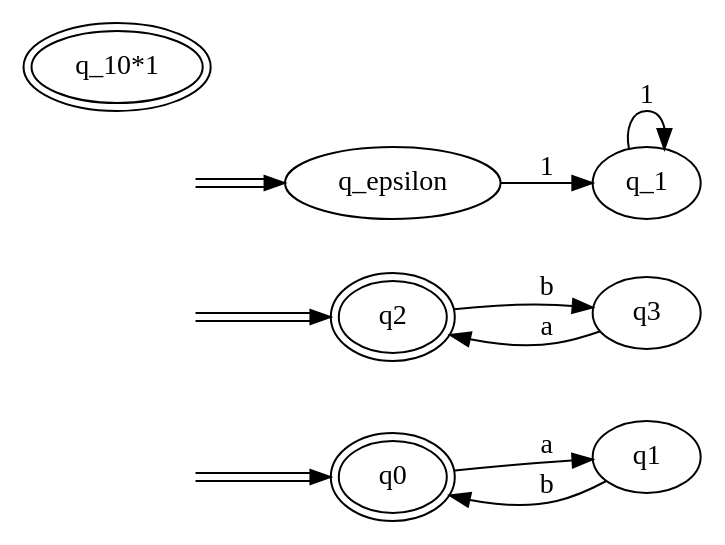
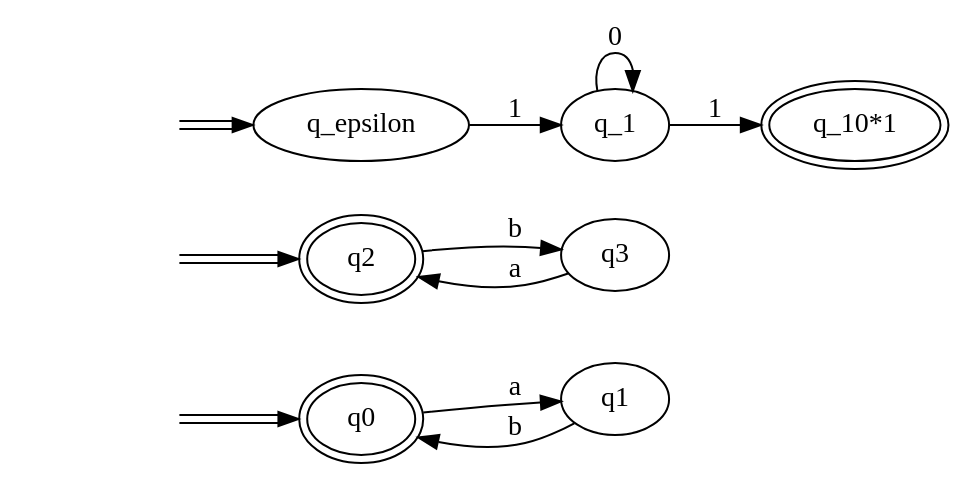
Before and after one commit to ptitguigui/Licence_Info-S5: the diagram in tp5/automate-test.dot, drawn with Graphviz. The commit also changed 4 other files, not shown here.

```diff
--- a/tp5/automate-test.dot
+++ b/tp5/automate-test.dot
@@ -1,15 +1,16 @@
 digraph Automaton { 
   rankdir = LR
   0 [label="q0",peripheries=2];  1 [label="q1"];  2 [label="q2",peripheries=2];  3 [label="q3"];  4 [label="q_epsilon"];  5 [label="q_1"];  6 [label="q_10*1",peripheries=2];  start2 [style=invis]
   start2 -> 2[color="black:white:black"]
   start4 [style=invis]
   start4 -> 4[color="black:white:black"]
   start0 [style=invis]
   start0 -> 0[color="black:white:black"]
   0 -> 1 [label = "a" ]
   1 -> 0 [label = "b" ]
   2 -> 3 [label = "b" ]
   3 -> 2 [label = "a" ]
   4 -> 5 [label = "1" ]
-  5 -> 5 [label = "1" ]
+  5 -> 5 [label = "0" ]
+  5 -> 6 [label = "1" ]
 }
```
